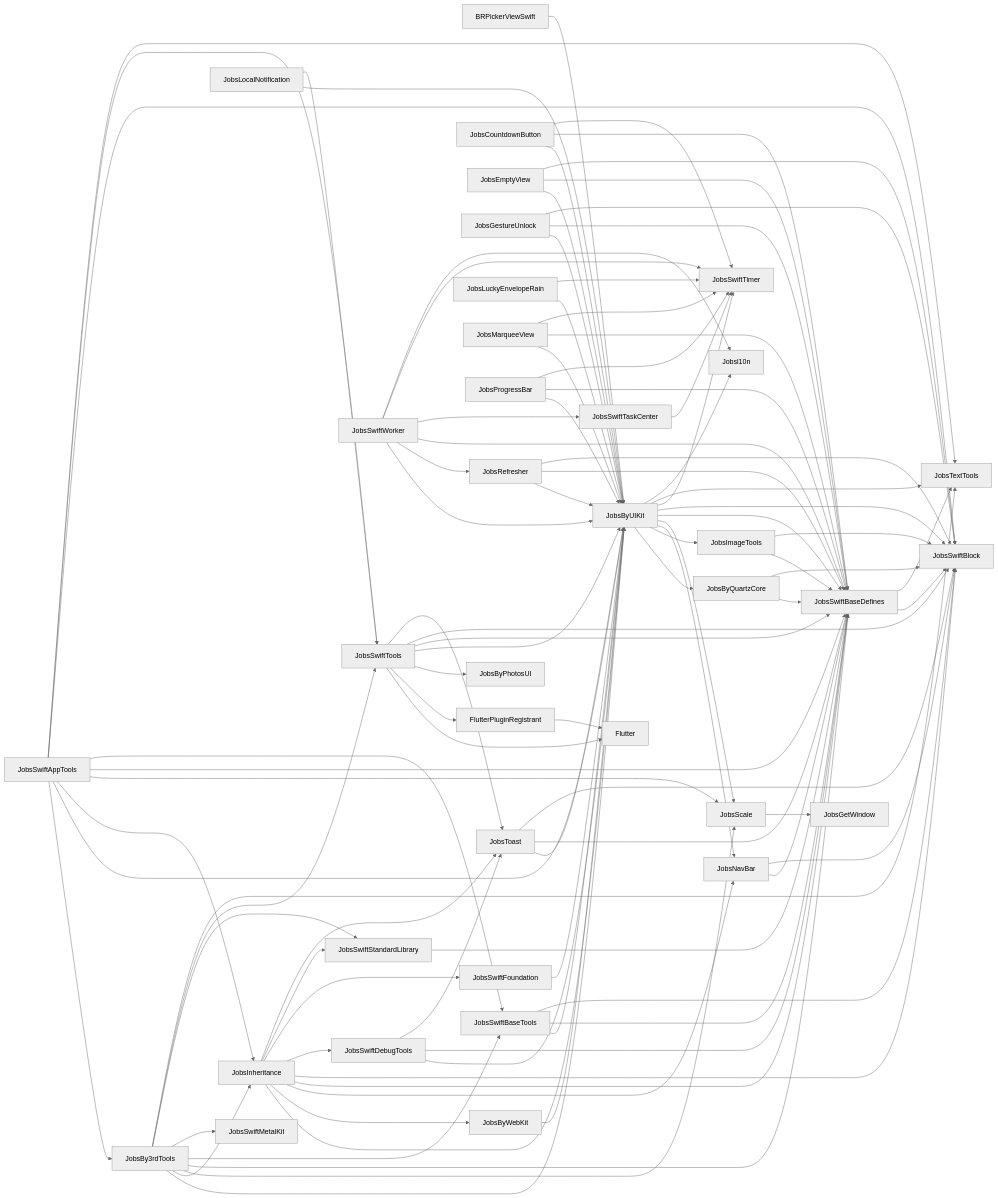
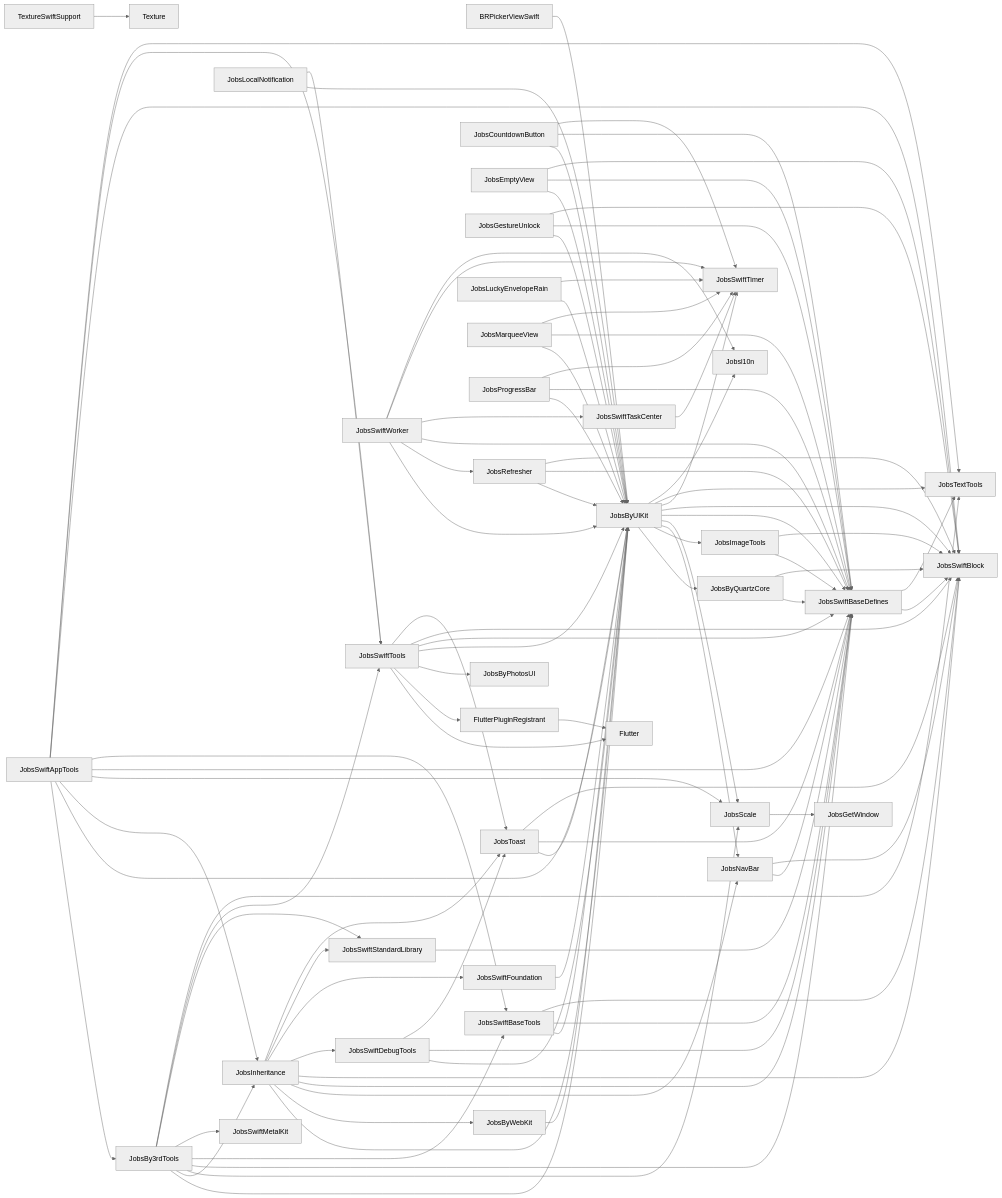
One commit to JobsKits/JobsSwiftBaseConfigDemo changed the diagram in PodspecDependencyReport/PodspecDependencies_internal.mmd. Above: the diagram before and after it, drawn with Mermaid (neutral theme). The commit also changed 2312 other files, not shown here.

```diff
--- a/PodspecDependencyReport/PodspecDependencies_internal.mmd
+++ b/PodspecDependencyReport/PodspecDependencies_internal.mmd
@@ -1,96 +1,97 @@
 flowchart LR
   Nd4b3dbc3878b["BRPickerViewSwift"] --> N32038075ad22["JobsByUIKit"]
   N14747c15d95a["FlutterPluginRegistrant"] --> Nc047b10eee76["Flutter"]
   Nfe1ff997a5d3["JobsBy3rdTools"] --> N32038075ad22["JobsByUIKit"]
   Nfe1ff997a5d3["JobsBy3rdTools"] --> N7a9c7bee01af["JobsInheritance"]
   Nfe1ff997a5d3["JobsBy3rdTools"] --> Nc605e6b5421d["JobsScale"]
   Nfe1ff997a5d3["JobsBy3rdTools"] --> N8dbe54185e82["JobsSwiftBaseDefines"]
   Nfe1ff997a5d3["JobsBy3rdTools"] --> N5c1ec45910c6["JobsSwiftBaseTools"]
   Nfe1ff997a5d3["JobsBy3rdTools"] --> N9ab5a04190d8["JobsSwiftMetalKit"]
   Nfe1ff997a5d3["JobsBy3rdTools"] --> N8f1bbfe879cc["JobsSwiftStandardLibrary"]
   Nfe1ff997a5d3["JobsBy3rdTools"] --> Na568a595b2c6["JobsSwiftTools"]
   Nfe1ff997a5d3["JobsBy3rdTools"] --> Nfc90a51d0828["JobsTextTools"]
   Nc743e46b146a["JobsByQuartzCore"] --> N8dbe54185e82["JobsSwiftBaseDefines"]
   Nc743e46b146a["JobsByQuartzCore"] --> Nc7567108c45a["JobsSwiftBlock"]
   N32038075ad22["JobsByUIKit"] --> Nc743e46b146a["JobsByQuartzCore"]
   N32038075ad22["JobsByUIKit"] --> N6dbcbd6c076c["JobsImageTools"]
   N32038075ad22["JobsByUIKit"] --> Nd9dbfc611984["JobsNavBar"]
   N32038075ad22["JobsByUIKit"] --> Nc605e6b5421d["JobsScale"]
   N32038075ad22["JobsByUIKit"] --> N8dbe54185e82["JobsSwiftBaseDefines"]
   N32038075ad22["JobsByUIKit"] --> Nc7567108c45a["JobsSwiftBlock"]
   N32038075ad22["JobsByUIKit"] --> Nfd94adb51598["JobsSwiftTimer"]
   N32038075ad22["JobsByUIKit"] --> Nfc90a51d0828["JobsTextTools"]
   N32038075ad22["JobsByUIKit"] --> N9dff37c8d77e["Jobsl10n"]
   N1f955db97679["JobsByWebKit"] --> N32038075ad22["JobsByUIKit"]
   N8a2865d24b8e["JobsCountdownButton"] --> N32038075ad22["JobsByUIKit"]
   N8a2865d24b8e["JobsCountdownButton"] --> N8dbe54185e82["JobsSwiftBaseDefines"]
   N8a2865d24b8e["JobsCountdownButton"] --> Nfd94adb51598["JobsSwiftTimer"]
   Nb2853a7530c8["JobsEmptyView"] --> N32038075ad22["JobsByUIKit"]
   Nb2853a7530c8["JobsEmptyView"] --> N8dbe54185e82["JobsSwiftBaseDefines"]
   Nb2853a7530c8["JobsEmptyView"] --> Nc7567108c45a["JobsSwiftBlock"]
   N8ce46417a954["JobsGestureUnlock"] --> N32038075ad22["JobsByUIKit"]
   N8ce46417a954["JobsGestureUnlock"] --> N8dbe54185e82["JobsSwiftBaseDefines"]
   N8ce46417a954["JobsGestureUnlock"] --> Nc7567108c45a["JobsSwiftBlock"]
   N6dbcbd6c076c["JobsImageTools"] --> N8dbe54185e82["JobsSwiftBaseDefines"]
   N6dbcbd6c076c["JobsImageTools"] --> Nc7567108c45a["JobsSwiftBlock"]
   N7a9c7bee01af["JobsInheritance"] --> N32038075ad22["JobsByUIKit"]
   N7a9c7bee01af["JobsInheritance"] --> N1f955db97679["JobsByWebKit"]
   N7a9c7bee01af["JobsInheritance"] --> Nd9dbfc611984["JobsNavBar"]
   N7a9c7bee01af["JobsInheritance"] --> N8dbe54185e82["JobsSwiftBaseDefines"]
   N7a9c7bee01af["JobsInheritance"] --> Nc7567108c45a["JobsSwiftBlock"]
   N7a9c7bee01af["JobsInheritance"] --> N807eaeffe5a4["JobsSwiftDebugTools"]
   N7a9c7bee01af["JobsInheritance"] --> N37fa4b9e4579["JobsSwiftFoundation"]
   N7a9c7bee01af["JobsInheritance"] --> N8f1bbfe879cc["JobsSwiftStandardLibrary"]
   N7a9c7bee01af["JobsInheritance"] --> N9817f6c3f4e6["JobsToast"]
   N21756f8f29e8["JobsLocalNotification"] --> N32038075ad22["JobsByUIKit"]
   N21756f8f29e8["JobsLocalNotification"] --> Na568a595b2c6["JobsSwiftTools"]
   N899875e07d1b["JobsLuckyEnvelopeRain"] --> N32038075ad22["JobsByUIKit"]
   N899875e07d1b["JobsLuckyEnvelopeRain"] --> Nfd94adb51598["JobsSwiftTimer"]
   N9e7dc84491e8["JobsMarqueeView"] --> N32038075ad22["JobsByUIKit"]
   N9e7dc84491e8["JobsMarqueeView"] --> N8dbe54185e82["JobsSwiftBaseDefines"]
   N9e7dc84491e8["JobsMarqueeView"] --> Nfd94adb51598["JobsSwiftTimer"]
   Nd9dbfc611984["JobsNavBar"] --> N8dbe54185e82["JobsSwiftBaseDefines"]
   Nd9dbfc611984["JobsNavBar"] --> Nc7567108c45a["JobsSwiftBlock"]
   Na62a2c62f899["JobsProgressBar"] --> N32038075ad22["JobsByUIKit"]
   Na62a2c62f899["JobsProgressBar"] --> N8dbe54185e82["JobsSwiftBaseDefines"]
   Na62a2c62f899["JobsProgressBar"] --> Nfd94adb51598["JobsSwiftTimer"]
   N4f19e371e55e["JobsRefresher"] --> N32038075ad22["JobsByUIKit"]
   N4f19e371e55e["JobsRefresher"] --> N8dbe54185e82["JobsSwiftBaseDefines"]
   N4f19e371e55e["JobsRefresher"] --> Nc7567108c45a["JobsSwiftBlock"]
   Nc605e6b5421d["JobsScale"] --> N10ee0e68a559["JobsGetWindow"]
   N7203a303dc13["JobsSwiftAppTools"] --> Nfe1ff997a5d3["JobsBy3rdTools"]
   N7203a303dc13["JobsSwiftAppTools"] --> N32038075ad22["JobsByUIKit"]
   N7203a303dc13["JobsSwiftAppTools"] --> N7a9c7bee01af["JobsInheritance"]
   N7203a303dc13["JobsSwiftAppTools"] --> Nc605e6b5421d["JobsScale"]
   N7203a303dc13["JobsSwiftAppTools"] --> N8dbe54185e82["JobsSwiftBaseDefines"]
   N7203a303dc13["JobsSwiftAppTools"] --> N5c1ec45910c6["JobsSwiftBaseTools"]
   N7203a303dc13["JobsSwiftAppTools"] --> Nc7567108c45a["JobsSwiftBlock"]
   N7203a303dc13["JobsSwiftAppTools"] --> Na568a595b2c6["JobsSwiftTools"]
   N7203a303dc13["JobsSwiftAppTools"] --> Nfc90a51d0828["JobsTextTools"]
   N8dbe54185e82["JobsSwiftBaseDefines"] --> Nc7567108c45a["JobsSwiftBlock"]
   N8dbe54185e82["JobsSwiftBaseDefines"] --> Nfc90a51d0828["JobsTextTools"]
   N5c1ec45910c6["JobsSwiftBaseTools"] --> N32038075ad22["JobsByUIKit"]
   N5c1ec45910c6["JobsSwiftBaseTools"] --> N8dbe54185e82["JobsSwiftBaseDefines"]
   N5c1ec45910c6["JobsSwiftBaseTools"] --> Nc7567108c45a["JobsSwiftBlock"]
   N807eaeffe5a4["JobsSwiftDebugTools"] --> N32038075ad22["JobsByUIKit"]
   N807eaeffe5a4["JobsSwiftDebugTools"] --> N8dbe54185e82["JobsSwiftBaseDefines"]
   N807eaeffe5a4["JobsSwiftDebugTools"] --> N9817f6c3f4e6["JobsToast"]
   N37fa4b9e4579["JobsSwiftFoundation"] --> N32038075ad22["JobsByUIKit"]
   N8f1bbfe879cc["JobsSwiftStandardLibrary"] --> N8dbe54185e82["JobsSwiftBaseDefines"]
   Naf3906ede4aa["JobsSwiftTaskCenter"] --> Nfd94adb51598["JobsSwiftTimer"]
   Na568a595b2c6["JobsSwiftTools"] --> Nc047b10eee76["Flutter"]
   Na568a595b2c6["JobsSwiftTools"] --> N14747c15d95a["FlutterPluginRegistrant"]
   Na568a595b2c6["JobsSwiftTools"] --> Nca216f1c5269["JobsByPhotosUI"]
   Na568a595b2c6["JobsSwiftTools"] --> N32038075ad22["JobsByUIKit"]
   Na568a595b2c6["JobsSwiftTools"] --> N8dbe54185e82["JobsSwiftBaseDefines"]
   Na568a595b2c6["JobsSwiftTools"] --> Nc7567108c45a["JobsSwiftBlock"]
   Na568a595b2c6["JobsSwiftTools"] --> N9817f6c3f4e6["JobsToast"]
   N2f0325b518dd["JobsSwiftWorker"] --> N32038075ad22["JobsByUIKit"]
   N2f0325b518dd["JobsSwiftWorker"] --> N4f19e371e55e["JobsRefresher"]
   N2f0325b518dd["JobsSwiftWorker"] --> N8dbe54185e82["JobsSwiftBaseDefines"]
   N2f0325b518dd["JobsSwiftWorker"] --> Naf3906ede4aa["JobsSwiftTaskCenter"]
   N2f0325b518dd["JobsSwiftWorker"] --> Nfd94adb51598["JobsSwiftTimer"]
   N2f0325b518dd["JobsSwiftWorker"] --> N9dff37c8d77e["Jobsl10n"]
   N9817f6c3f4e6["JobsToast"] --> N32038075ad22["JobsByUIKit"]
   N9817f6c3f4e6["JobsToast"] --> N8dbe54185e82["JobsSwiftBaseDefines"]
   N9817f6c3f4e6["JobsToast"] --> Nc7567108c45a["JobsSwiftBlock"]
+  N4b8597aa9c62["TextureSwiftSupport"] --> Na3e8ae43188a["Texture"]
```
